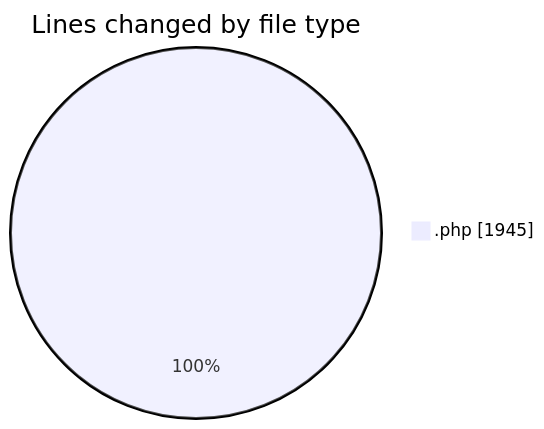
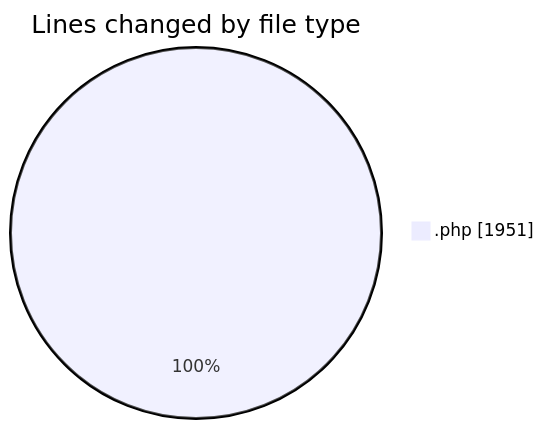
One commit to LanceThiago/code-tracking changed the first of 2 diagrams in 2025-08-13/web/README.md. Above: the diagram before and after it, drawn with Mermaid. The commit also changed other lines of this file and 1 other file, not shown here.

````diff
--- a/2025-08-13/web/README.md
+++ b/2025-08-13/web/README.md
@@ -21,5 +21,5 @@
 ```mermaid
 pie showData
 title Lines changed by file type
-".php" : 1945
+".php" : 1951
 ```
````
